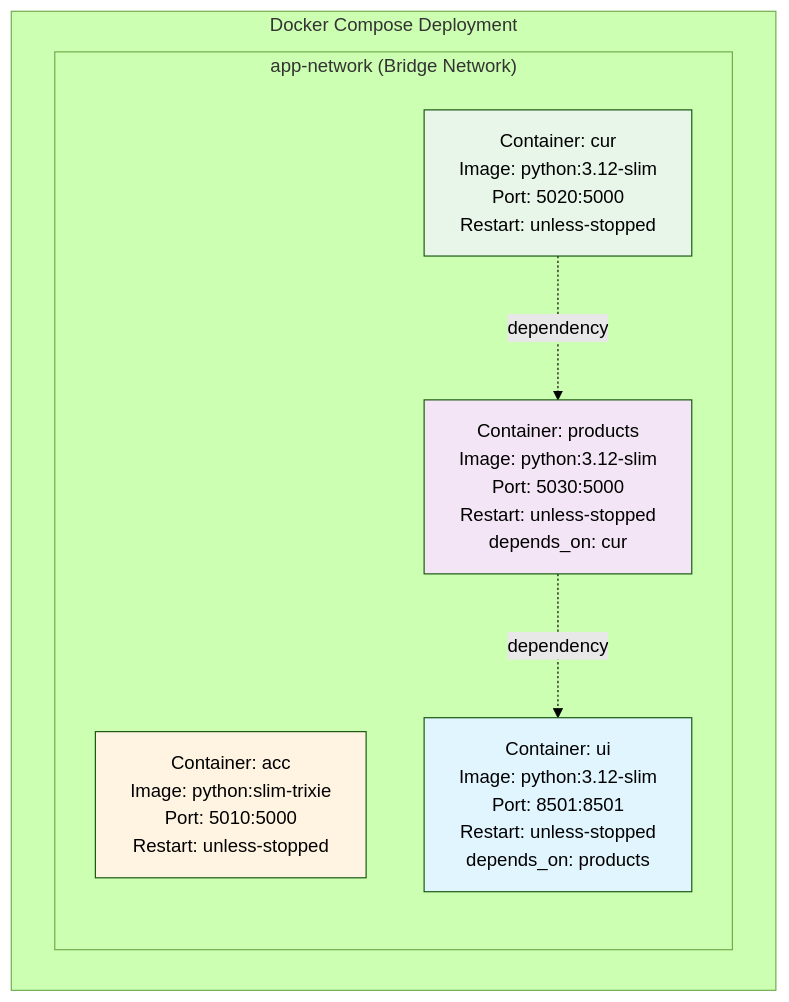
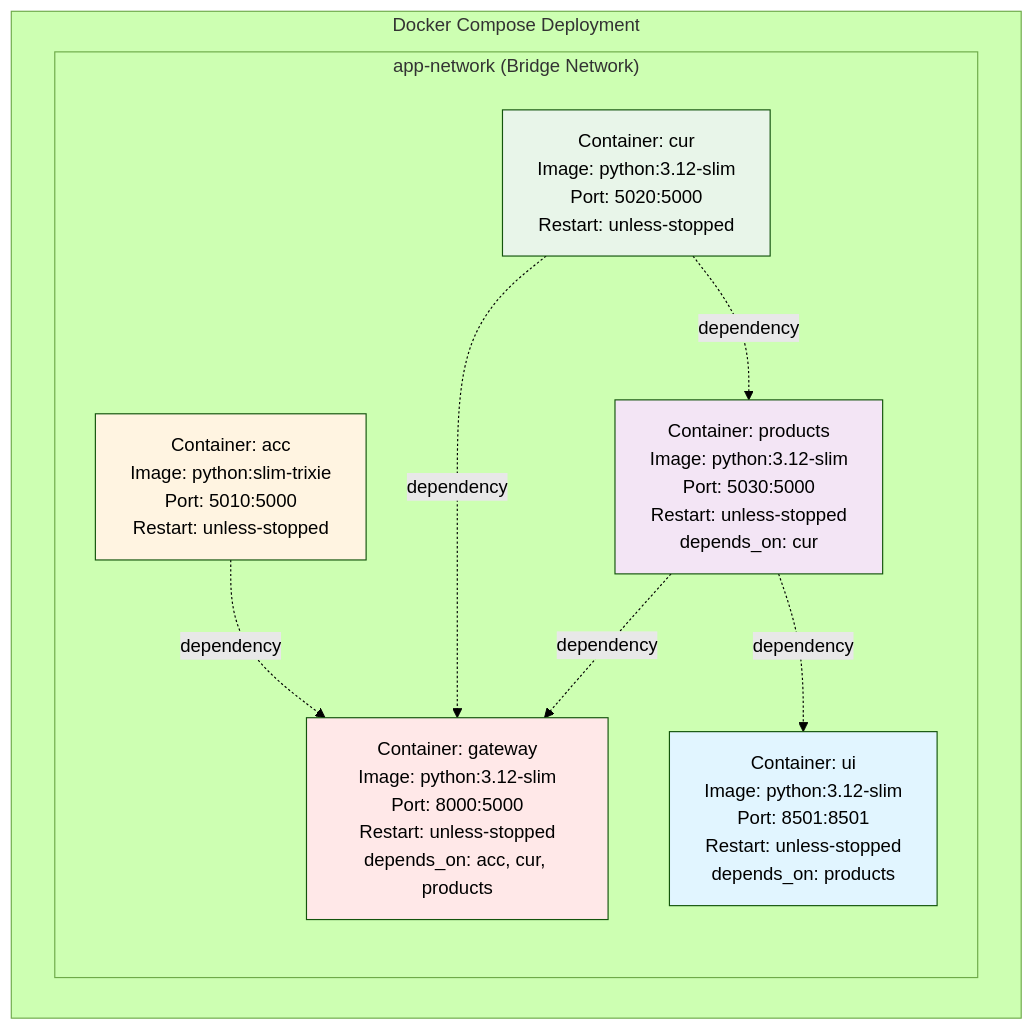
The fourth of 7 diagrams in documentation/architecture.md (ITAKEA/Shopping_Site_Microservices), drawn with Mermaid (forest theme) before and after one commit. The commit also changed other lines of this file and 14 other files, not shown here.

````diff
--- a/documentation/architecture.md
+++ b/documentation/architecture.md
@@ -126,19 +171,24 @@
 ```mermaid
 graph TB
     subgraph Deployment["Docker Compose Deployment"]
         subgraph Network["app-network (Bridge Network)"]
+            GW["Container: gateway<br/>Image: python:3.12-slim<br/>Port: 8000:5000<br/>Restart: unless-stopped<br/>depends_on: acc, cur, products"]
             ACC["Container: acc<br/>Image: python:slim-trixie<br/>Port: 5010:5000<br/>Restart: unless-stopped"]
             CUR["Container: cur<br/>Image: python:3.12-slim<br/>Port: 5020:5000<br/>Restart: unless-stopped"]
             PROD["Container: products<br/>Image: python:3.12-slim<br/>Port: 5030:5000<br/>Restart: unless-stopped<br/>depends_on: cur"]
             UI_C["Container: ui<br/>Image: python:3.12-slim<br/>Port: 8501:8501<br/>Restart: unless-stopped<br/>depends_on: products"]
         end
     end
 
+    ACC -.->|dependency| GW
+    CUR -.->|dependency| GW
     CUR -.->|dependency| PROD
+    PROD -.->|dependency| GW
     PROD -.->|dependency| UI_C
 
+    style GW fill:#ffe8e8
     style ACC fill:#fff4e1
     style CUR fill:#e8f5e9
     style PROD fill:#f3e5f5
     style UI_C fill:#e1f5ff
 ```
````
